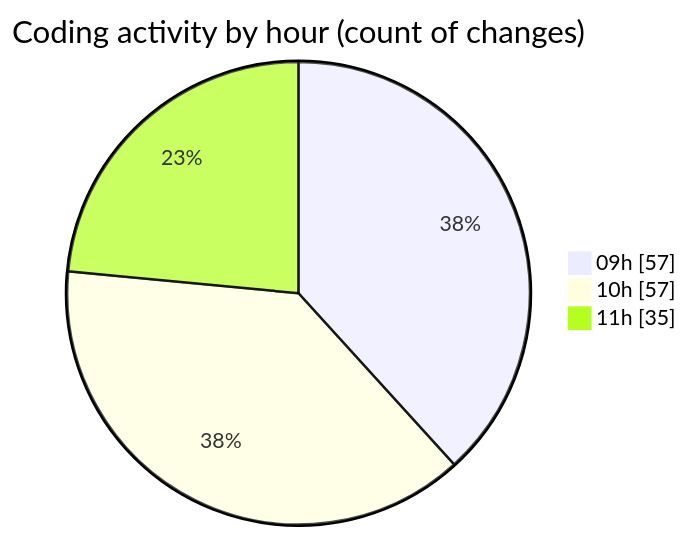
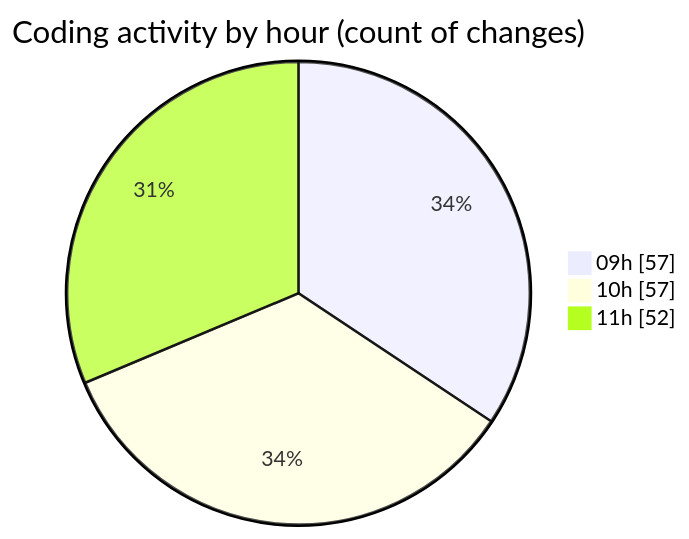
One commit to momahboobian/code-tracking changed the second of 2 diagrams in 2025-09-19/cda/README.md. Above: the diagram before and after it, drawn with Mermaid. The commit also changed other lines of this file and 1 other file, not shown here.

````diff
--- a/2025-09-19/cda/README.md
+++ b/2025-09-19/cda/README.md
@@ -30,7 +30,7 @@
 ```mermaid
 pie showData
 title Coding activity by hour (count of changes)
 "09h" : 57
 "10h" : 57
-"11h" : 35
+"11h" : 52
 ```
````
